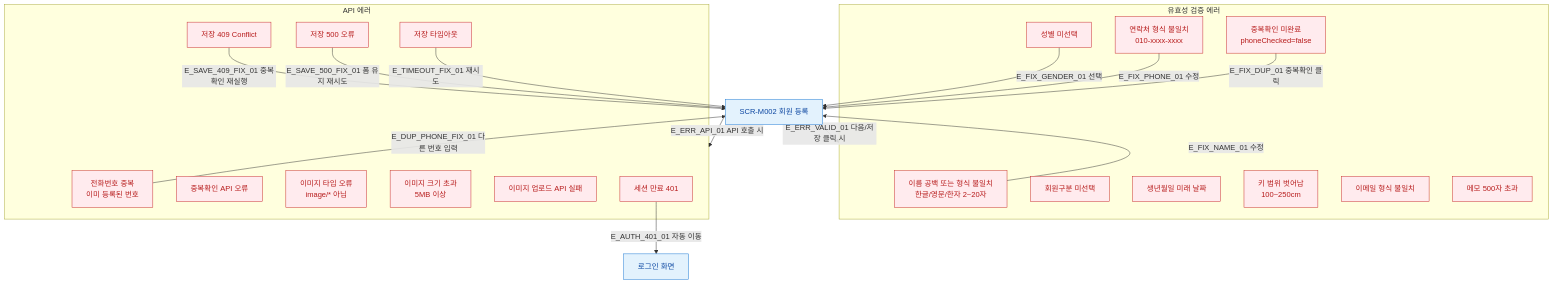
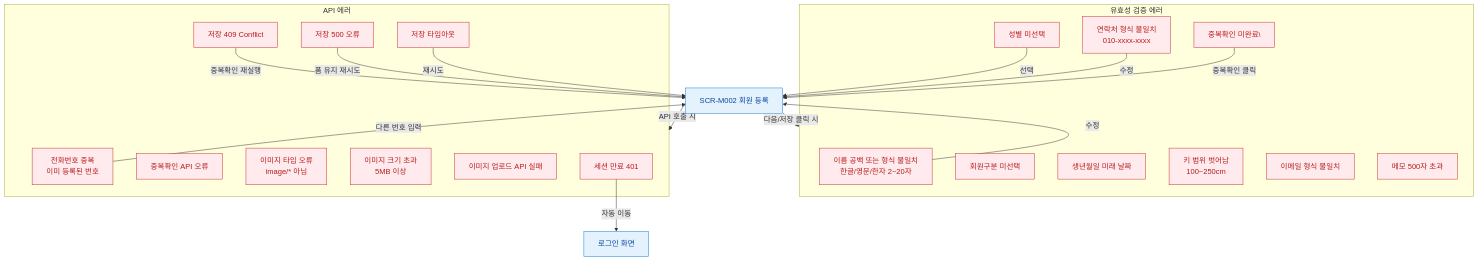
One commit to dev-spogym/admin-pando changed the diagram in docs/다이어그램/D02_회원관리/SCR-M002_회원등록/F8_에러.md. Above: the diagram before and after it, drawn with Mermaid. The commit also changed other lines of this file and 1660 other files, not shown here.

First line of the commit message:
다이어그램: 기획자/클라이언트 납품본으로 정리

````diff
--- a/docs/다이어그램/D02_회원관리/SCR-M002_회원등록/F8_에러.md
+++ b/docs/다이어그램/D02_회원관리/SCR-M002_회원등록/F8_에러.md
@@ -22,57 +20,57 @@
 ```mermaid
 flowchart TD
   SCR_M002[SCR-M002 회원 등록]
 
   subgraph VALIDATION_ERRORS [유효성 검증 에러]
     ERR_NAME[이름 공백 또는 형식 불일치\n한글/영문/한자 2~20자]
     ERR_GENDER[성별 미선택]
     ERR_PHONE[연락처 형식 불일치\n010-xxxx-xxxx]
     ERR_MEMTYPE[회원구분 미선택]
     ERR_BIRTH[생년월일 미래 날짜]
     ERR_HEIGHT[키 범위 벗어남\n100~250cm]
     ERR_EMAIL[이메일 형식 불일치]
     ERR_MEMO[메모 500자 초과]
-    ERR_DUP_CHECK[중복확인 미완료\nphoneChecked=false]
+    ERR_DUP_CHECK[중복확인 미완료\]
   end
 
   subgraph API_ERRORS [API 에러]
     ERR_DUP_PHONE[전화번호 중복\n이미 등록된 번호]
     ERR_DUP_API[중복확인 API 오류]
     ERR_SAVE_409[저장 409 Conflict]
     ERR_SAVE_500[저장 500 오류]
     ERR_SAVE_TIMEOUT[저장 타임아웃]
     ERR_IMG_TYPE[이미지 타입 오류\nimage/* 아님]
     ERR_IMG_SIZE[이미지 크기 초과\n5MB 이상]
     ERR_IMG_API[이미지 업로드 API 실패]
     ERR_401[세션 만료 401]
   end
 
-  SCR_M002 -->|E_ERR_VALID_01 다음/저장 클릭 시| VALIDATION_ERRORS
-  SCR_M002 -->|E_ERR_API_01 API 호출 시| API_ERRORS
+  SCR_M002 -->|다음/저장 클릭 시|VALIDATION_ERRORS
+  SCR_M002 -->|API 호출 시|API_ERRORS
 
-  ERR_NAME    -->|E_FIX_NAME_01 수정| SCR_M002
-  ERR_GENDER  -->|E_FIX_GENDER_01 선택| SCR_M002
-  ERR_PHONE   -->|E_FIX_PHONE_01 수정| SCR_M002
-  ERR_DUP_CHECK -->|E_FIX_DUP_01 중복확인 클릭| SCR_M002
+  ERR_NAME -->|수정|SCR_M002
+  ERR_GENDER -->|선택|SCR_M002
+  ERR_PHONE -->|수정|SCR_M002
+  ERR_DUP_CHECK -->|중복확인 클릭|SCR_M002
 
-  ERR_DUP_PHONE -->|E_DUP_PHONE_FIX_01 다른 번호 입력| SCR_M002
-  ERR_SAVE_409  -->|E_SAVE_409_FIX_01 중복확인 재실행| SCR_M002
-  ERR_SAVE_500  -->|E_SAVE_500_FIX_01 폼 유지 재시도| SCR_M002
-  ERR_SAVE_TIMEOUT -->|E_TIMEOUT_FIX_01 재시도| SCR_M002
-  ERR_401       -->|E_AUTH_401_01 자동 이동| LOGIN[로그인 화면]
+  ERR_DUP_PHONE -->|다른 번호 입력|SCR_M002
+  ERR_SAVE_409 -->|중복확인 재실행|SCR_M002
+  ERR_SAVE_500 -->|폼 유지 재시도|SCR_M002
+  ERR_SAVE_TIMEOUT -->|재시도|SCR_M002
+  ERR_401 -->|자동 이동|LOGIN[로그인 화면]
 
-  classDef screen      fill:#E3F2FD,stroke:#1976D2,color:#0D47A1
-  classDef modal       fill:#FFF3E0,stroke:#F57C00,color:#E65100
-  classDef newFeature  fill:#F3E5F5,stroke:#9C27B0,stroke-dasharray:5 5
-  classDef error       fill:#FFEBEE,stroke:#C62828,color:#B71C1C
-  classDef success     fill:#E8F5E9,stroke:#2E7D32,color:#1B5E20
-  classDef warning     fill:#FFF8E1,stroke:#F9A825,color:#F57F17
-  classDef info        fill:#E0F7FA,stroke:#00838F
-  classDef system      fill:#EDE7F6,stroke:#5E35B2
-  classDef external    fill:#ECEFF1,stroke:#455A64,stroke-dasharray:3 3
-  classDef cron        fill:#E0F2F1,stroke:#00695C
+  classDef screen fill:#E3F2FD,stroke:#1976D2,color:#0D47A1
+  classDef modal fill:#FFF3E0,stroke:#F57C00,color:#E65100
+  classDef newFeature fill:#F3E5F5,stroke:#9C27B0,stroke-dasharray:5 5
+  classDef error fill:#FFEBEE,stroke:#C62828,color:#B71C1C
+  classDef success fill:#E8F5E9,stroke:#2E7D32,color:#1B5E20
+  classDef warning fill:#FFF8E1,stroke:#F9A825,color:#F57F17
+  classDef info fill:#E0F7FA,stroke:#00838F
+  classDef system fill:#EDE7F6,stroke:#5E35B2
+  classDef external fill:#ECEFF1,stroke:#455A64,stroke-dasharray:3 3
+  classDef cron fill:#E0F2F1,stroke:#00695C
   classDef rbacBlocked fill:#F5F5F5,stroke:#9E9E9E,color:#616161
 
   class SCR_M002,LOGIN screen
   class ERR_NAME,ERR_GENDER,ERR_PHONE,ERR_MEMTYPE,ERR_BIRTH,ERR_HEIGHT,ERR_EMAIL,ERR_MEMO,ERR_DUP_CHECK,ERR_DUP_PHONE,ERR_DUP_API,ERR_SAVE_409,ERR_SAVE_500,ERR_SAVE_TIMEOUT,ERR_IMG_TYPE,ERR_IMG_SIZE,ERR_IMG_API,ERR_401 error
 ```
````
